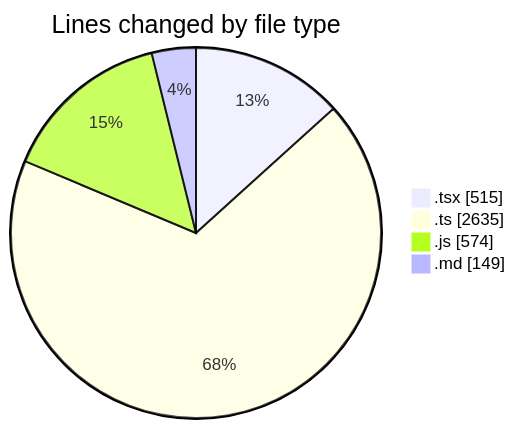
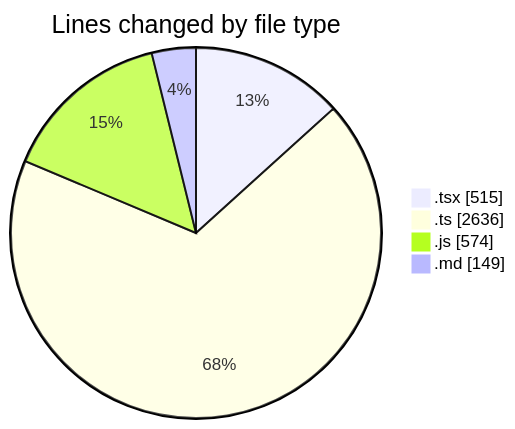
One commit to momahboobian/code-tracking changed the first of 2 diagrams in 2026-06-04/cda/README.md. Above: the diagram before and after it, drawn with Mermaid. The commit also changed other lines of this file and 1 other file, not shown here.

````diff
--- a/2026-06-04/cda/README.md
+++ b/2026-06-04/cda/README.md
@@ -35,8 +35,8 @@
 ```mermaid
 pie showData
 title Lines changed by file type
 ".tsx" : 515
-".ts" : 2635
+".ts" : 2636
 ".js" : 574
 ".md" : 149
 ```
````
